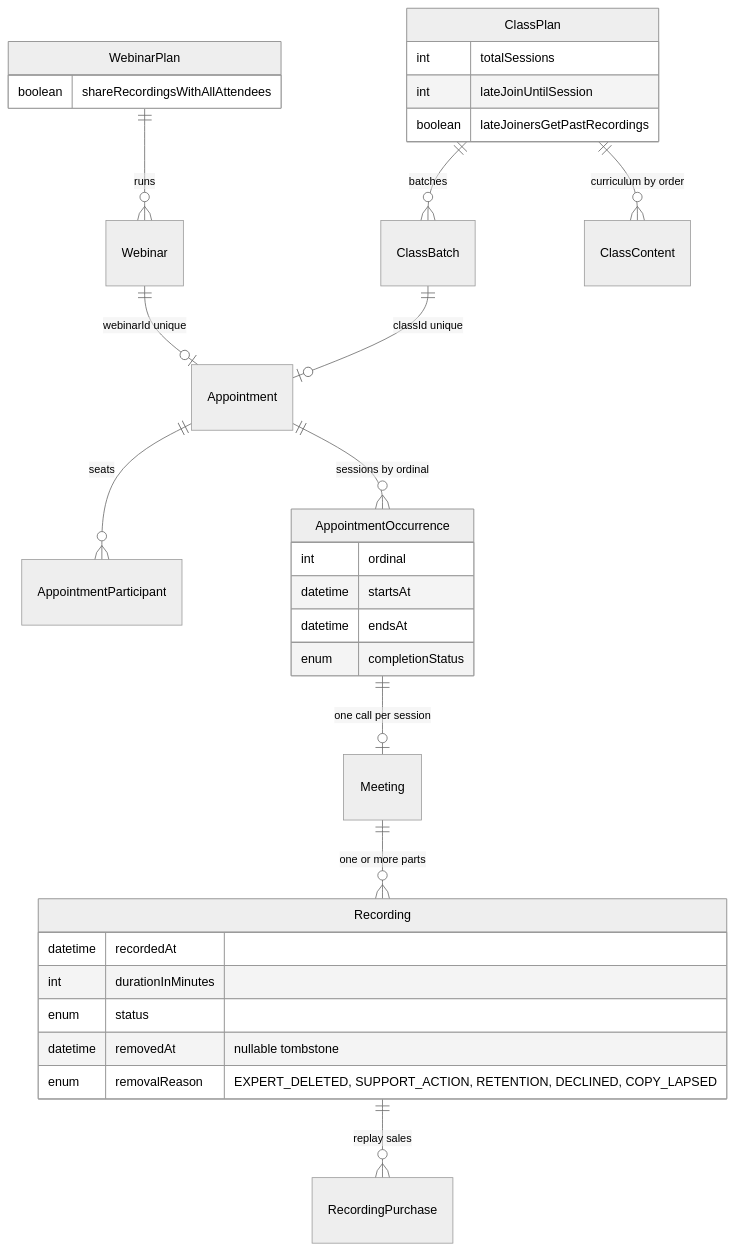
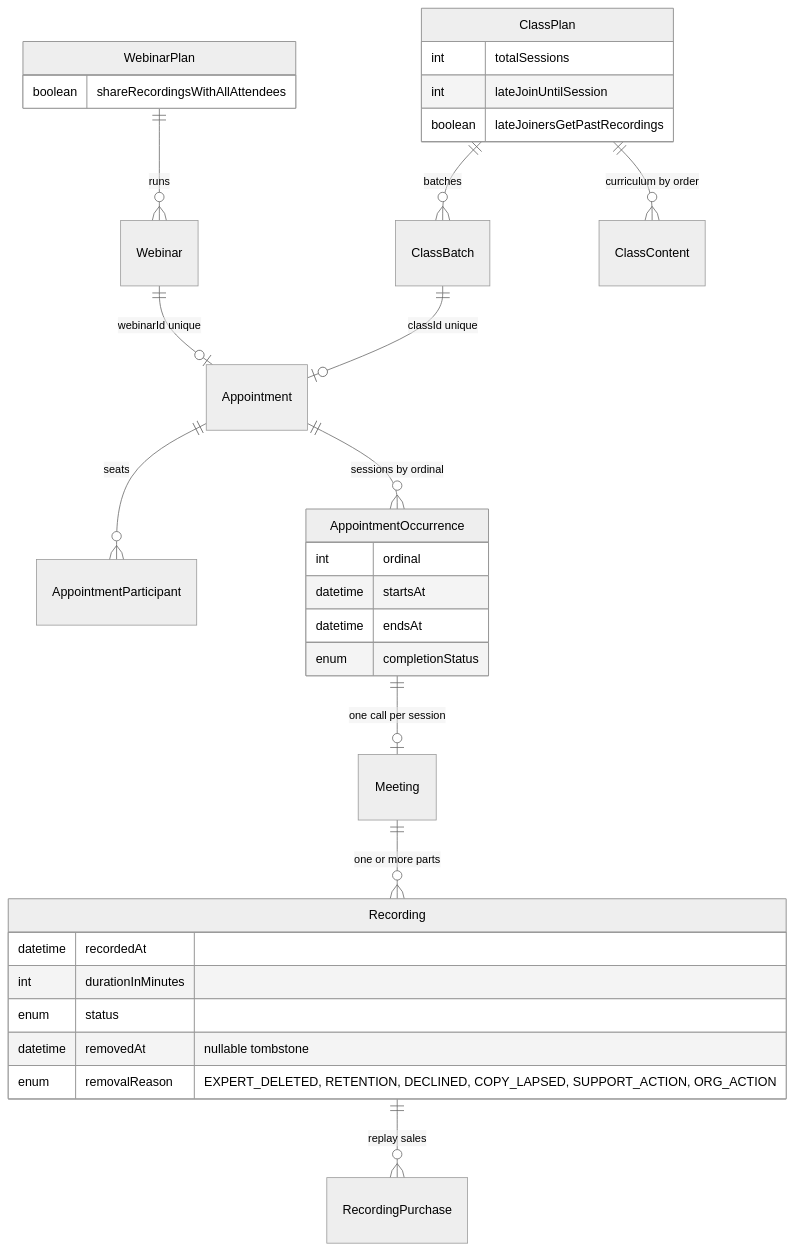
Before and after one commit to Practitionist/familiarise_web: the third of 5 diagrams in docs/stream/19-recordings-lifecycle-and-access.md, drawn with Mermaid (neutral theme). The commit also changed other lines of this file and 4 other files, not shown here.

Commit message:
docs(recordings): write rule, ORG_ACTION, catch-up playback, display zone, library copy

````diff
--- a/docs/stream/19-recordings-lifecycle-and-access.md
+++ b/docs/stream/19-recordings-lifecycle-and-access.md
@@ -112,35 +113,35 @@
 ```mermaid
 erDiagram
   %% ClassBatch is the Prisma `Class` model; "Class" is a reserved word in Mermaid ER diagrams
   WebinarPlan ||--o{ Webinar : "runs"
   ClassPlan ||--o{ ClassBatch : "batches"
   ClassPlan ||--o{ ClassContent : "curriculum by order"
   Webinar ||--o| Appointment : "webinarId unique"
   ClassBatch ||--o| Appointment : "classId unique"
   Appointment ||--o{ AppointmentParticipant : "seats"
   Appointment ||--o{ AppointmentOccurrence : "sessions by ordinal"
   AppointmentOccurrence ||--o| Meeting : "one call per session"
   Meeting ||--o{ Recording : "one or more parts"
   Recording ||--o{ RecordingPurchase : "replay sales"
   WebinarPlan {
     boolean shareRecordingsWithAllAttendees
   }
   ClassPlan {
     int totalSessions
     int lateJoinUntilSession
     boolean lateJoinersGetPastRecordings
   }
   AppointmentOccurrence {
     int ordinal
     datetime startsAt
     datetime endsAt
     enum completionStatus
   }
   Recording {
     datetime recordedAt
     int durationInMinutes
     enum status
     datetime removedAt "nullable tombstone"
-    enum removalReason "EXPERT_DELETED, SUPPORT_ACTION, RETENTION, DECLINED, COPY_LAPSED"
+    enum removalReason "EXPERT_DELETED, RETENTION, DECLINED, COPY_LAPSED, SUPPORT_ACTION, ORG_ACTION"
   }
 ```
````
